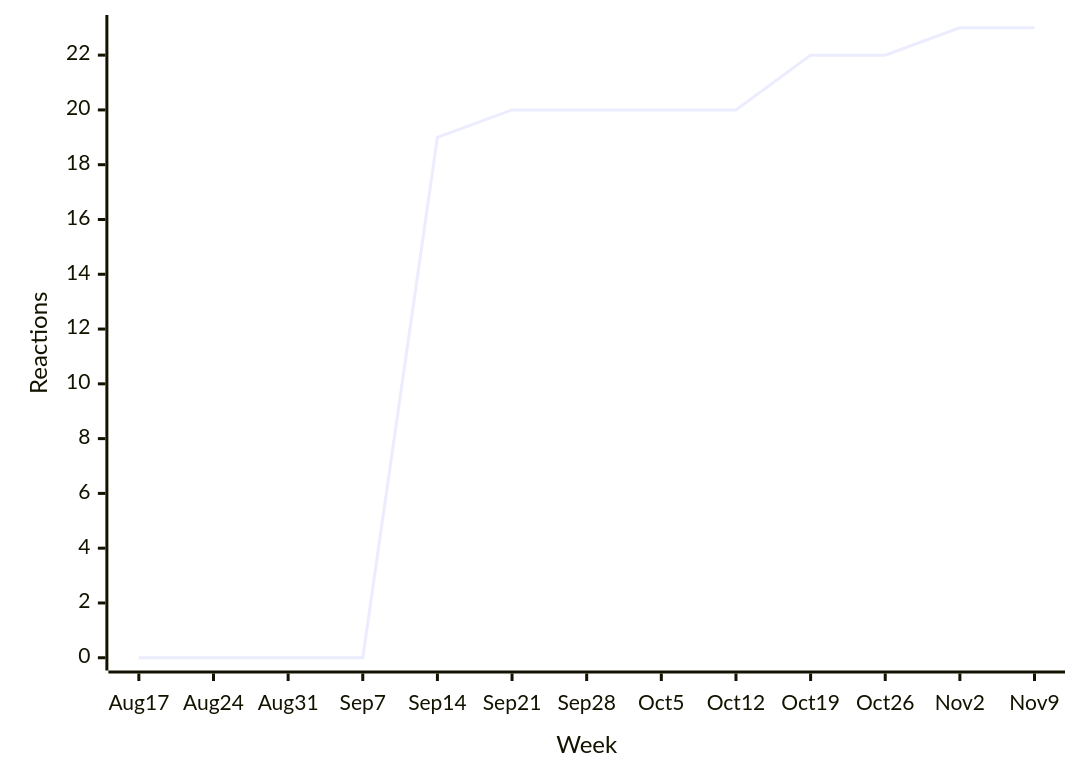
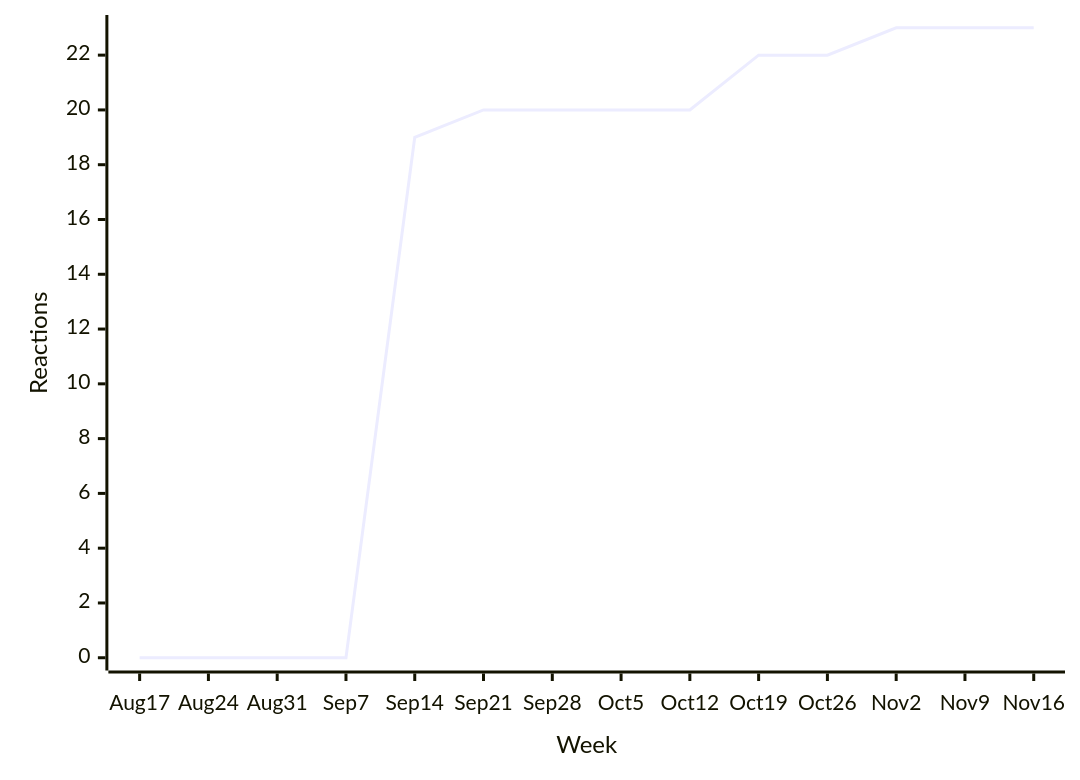
One commit to loic-sharma/github-insights changed the fourth of 38 diagrams in README.md. Above: the diagram before and after it, drawn with Mermaid. The commit also changed other lines of this file and 3 other files, not shown here.

````diff
--- a/README.md
+++ b/README.md
@@ -375,6 +375,6 @@
   ```mermaid
   xychart-beta
-    x-axis "Week" [Aug 17, Aug 24, Aug 31, Sep 7, Sep 14, Sep 21, Sep 28, Oct 5, Oct 12, Oct 19, Oct 26, Nov 2, Nov 9]
+    x-axis "Week" [Aug 17, Aug 24, Aug 31, Sep 7, Sep 14, Sep 21, Sep 28, Oct 5, Oct 12, Oct 19, Oct 26, Nov 2, Nov 9, Nov 16]
     y-axis "Reactions"
-    line [0, 0, 0, 0, 19, 20, 20, 20, 20, 22, 22, 23, 23]
+    line [0, 0, 0, 0, 19, 20, 20, 20, 20, 22, 22, 23, 23, 23]
   ```
````
